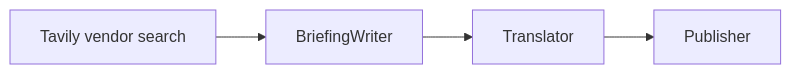
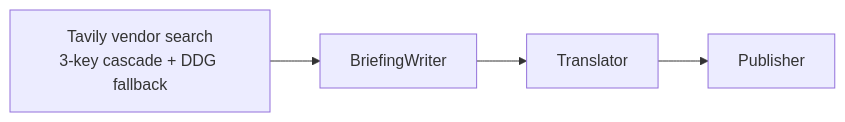
One commit to kobyal/ai-news-briefing changed the sixth of 12 diagrams in README.md. Above: the diagram before and after it, drawn with Mermaid. The commit also changed other lines of this file and 3 other files, not shown here.

````diff
--- a/README.md
+++ b/README.md
@@ -256,6 +277,6 @@
 ```mermaid
 flowchart LR
-    A["Tavily vendor search"] --> B["BriefingWriter"]
-    B --> C["Translator"]
-    C --> D["Publisher"]
+    A[Tavily vendor search<br/>3-key cascade + DDG fallback] --> B[BriefingWriter]
+    B --> C[Translator]
+    C --> D[Publisher]
 ```
````
